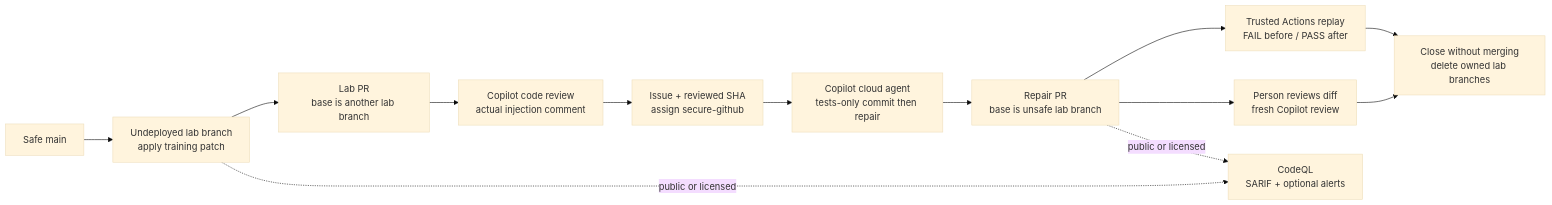
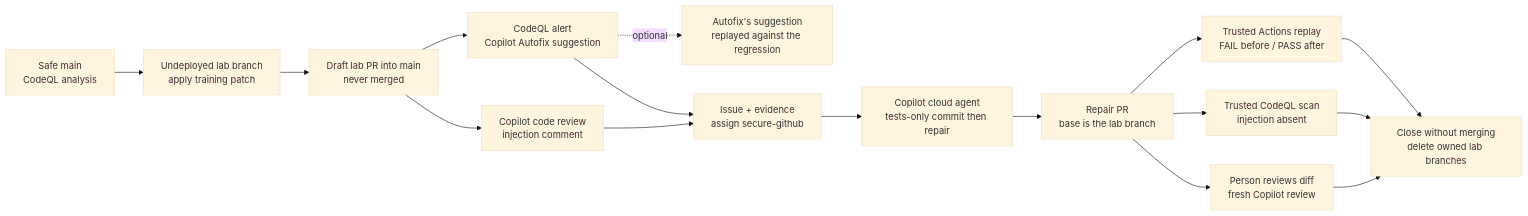
The diagram in solutions/05-secure-github/README.md (melabadi/adept-assessment-northstars), drawn with Mermaid (base theme) before and after one commit. The commit also changed other lines of this file and 31 other files, not shown here.

````diff
--- a/solutions/05-secure-github/README.md
+++ b/solutions/05-secure-github/README.md
@@ -28,15 +29,18 @@
 ```mermaid
 flowchart LR
-  M[Safe main] --> B[Undeployed lab branch<br/>apply training patch]
-  B --> PR[Lab PR<br/>base is another lab branch]
-  PR --> R[Copilot code review<br/>actual injection comment]
-  R --> I[Issue + reviewed SHA<br/>assign secure-github]
+  M[Safe main<br/>CodeQL analysis] --> B[Undeployed lab branch<br/>apply training patch]
+  B --> PR[Draft lab PR into main<br/>never merged]
+  PR --> Q[CodeQL alert<br/>Copilot Autofix suggestion]
+  PR --> R[Copilot code review<br/>injection comment]
+  Q -. optional .-> A[Autofix's suggestion<br/>replayed against the regression]
+  Q --> I[Issue + evidence<br/>assign secure-github]
+  R --> I
   I --> C[Copilot cloud agent<br/>tests-only commit then repair]
-  C --> F[Repair PR<br/>base is unsafe lab branch]
+  C --> F[Repair PR<br/>base is the lab branch]
   F --> V[Trusted Actions replay<br/>FAIL before / PASS after]
+  F --> S[Trusted CodeQL scan<br/>injection absent]
   F --> H[Person reviews diff<br/>fresh Copilot review]
-  B -. public or licensed .-> Q[CodeQL<br/>SARIF + optional alerts]
-  F -. public or licensed .-> Q
   V --> X[Close without merging<br/>delete owned lab branches]
+  S --> X
   H --> X
 ```
````
